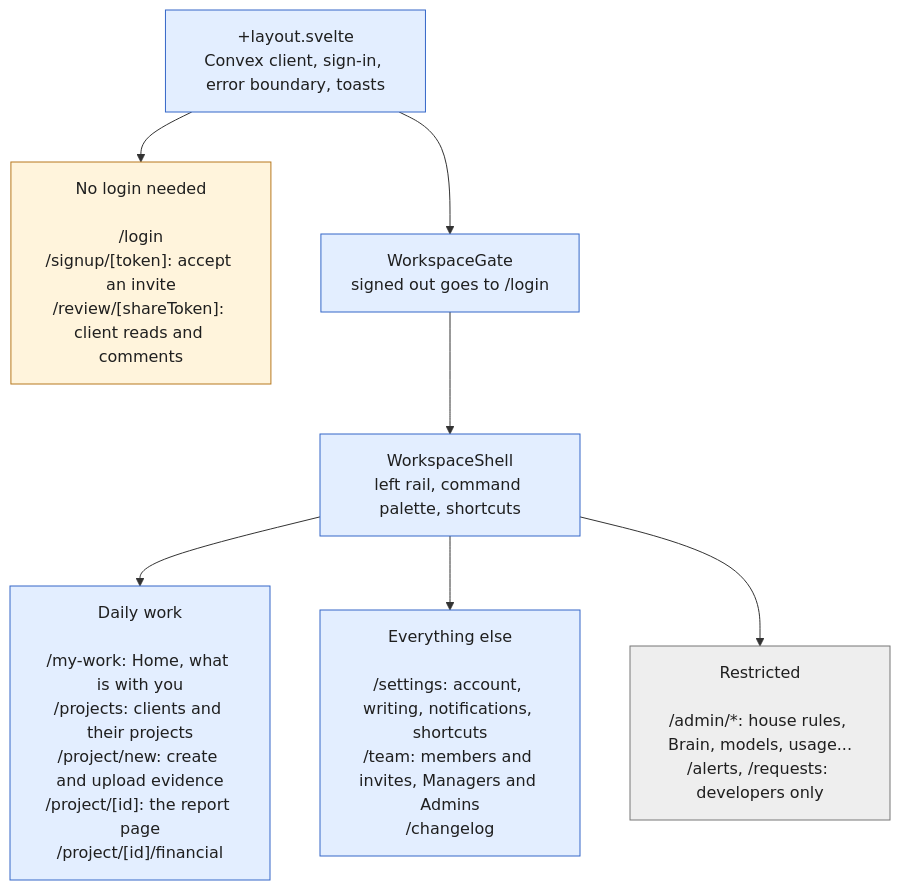
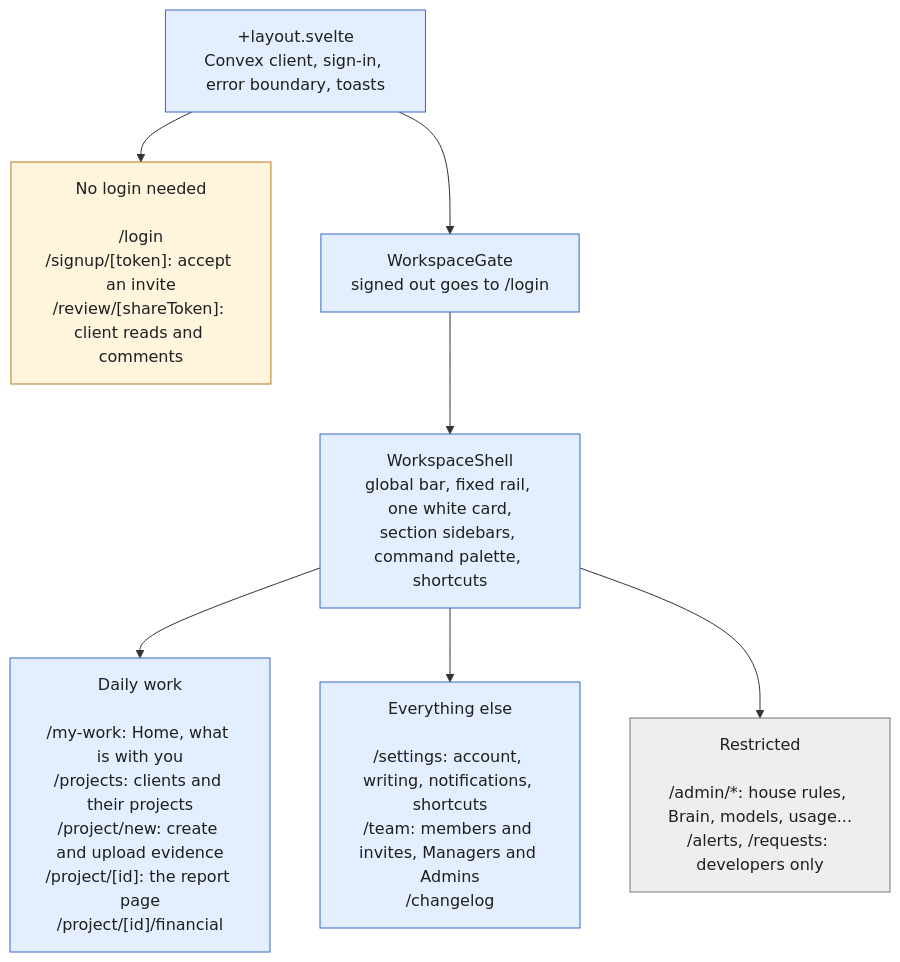
Before and after one commit to Choquer-agency/Banhall: the fourth of 12 diagrams in docs/architecture.md, drawn with Mermaid. The commit also changed other lines of this file and 1 other file, not shown here.

Commit message:
Document the page frame: the design-system section that replaces the Rail v3 desktop frame, and the architecture map's Pages

````diff
--- a/docs/architecture.md
+++ b/docs/architecture.md
@@ -235,20 +235,20 @@
 ```mermaid
 flowchart TD
   classDef web fill:#E3EEFF,stroke:#3567C8,color:#1F1F1F
   classDef person fill:#FFF4DC,stroke:#B7791F,color:#1F1F1F
   classDef admin fill:#EEEEEE,stroke:#777777,color:#1F1F1F
 
   root["+layout.svelte<br/>Convex client, sign-in, error boundary, toasts"]:::web
   open["No login needed<br/><br/>/login<br/>/signup/[token]: accept an invite<br/>/review/[shareToken]: client reads and comments"]:::person
   gate["WorkspaceGate<br/>signed out goes to /login"]:::web
-  shell["WorkspaceShell<br/>left rail, command palette, shortcuts"]:::web
+  shell["WorkspaceShell<br/>global bar, fixed rail, one white card,<br/>section sidebars, command palette, shortcuts"]:::web
   daily["Daily work<br/><br/>/my-work: Home, what is with you<br/>/projects: clients and their projects<br/>/project/new: create and upload evidence<br/>/project/[id]: the report page<br/>/project/[id]/financial"]:::web
   other["Everything else<br/><br/>/settings: account, writing, notifications, shortcuts<br/>/team: members and invites, Managers and Admins<br/>/changelog"]:::web
   restricted["Restricted<br/><br/>/admin/*: house rules, Brain, models, usage...<br/>/alerts, /requests: developers only"]:::admin
 
   root --> open
   root --> gate --> shell
   shell --> daily
   shell --> other
   shell --> restricted
 ```
````
